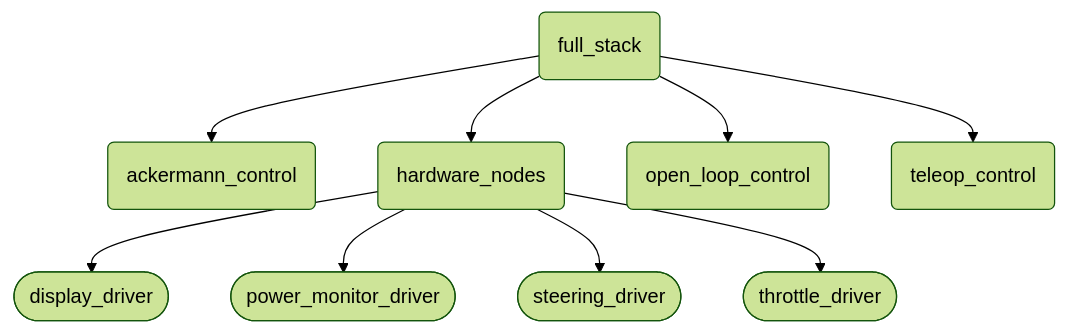
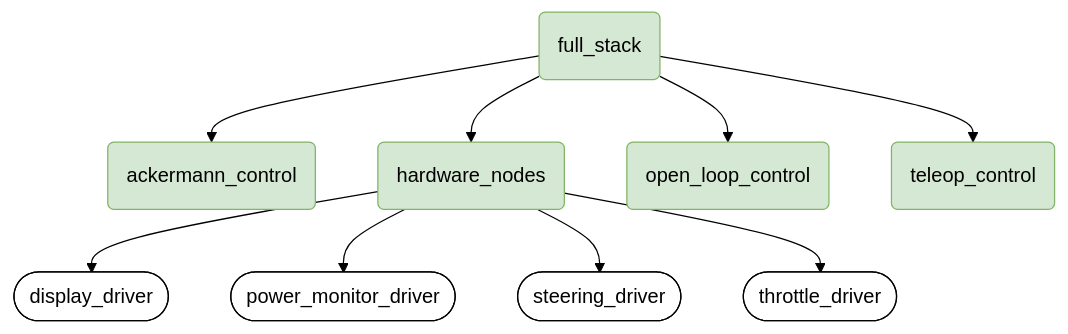
One commit to vcuopencity/piracer changed the diagram in README.md. Above: the diagram before and after it, drawn with Mermaid (forest theme).

Commit message:
Updated theming
Hopefully this will fix the dark mode issues.

README.md
* added themes to the elements of the Mermaid flow chart

````diff
--- a/README.md
+++ b/README.md
@@ -27,11 +27,17 @@
 ```mermaid
-flowchart TD
-    full_stack(full_stack) --> ackermann_control(ackermann_control)
-    full_stack(full_stack) --> hardware_nodes(hardware_nodes)
-        hardware_nodes --> display_driver([display_driver])
-        hardware_nodes --> power_monitor_driver([power_monitor_driver])
-        hardware_nodes --> steering_driver([steering_driver])
-        hardware_nodes --> throttle_driver([throttle_driver])
-    full_stack(full_stack) --> open_loop_control(open_loop_control)
-    full_stack(full_stack) --> teleop_control(teleop_control)
+    flowchart TD
+        full_stack(full_stack) --> ackermann_control(ackermann_control)
+        full_stack(full_stack) --> hardware_nodes(hardware_nodes)
+            hardware_nodes --> display_driver([display_driver])
+            hardware_nodes --> power_monitor_driver([power_monitor_driver])
+            hardware_nodes --> steering_driver([steering_driver])
+            hardware_nodes --> throttle_driver([throttle_driver])
+        full_stack(full_stack) --> open_loop_control(open_loop_control)
+        full_stack(full_stack) --> teleop_control(teleop_control)
+    
+        classDef launch_file fill:#D5E8D4,stroke:#82B366,color:black;
+        classDef nodes fill:#FFFFFF,stroke:#000000,color:black;
+        
+        class display_driver,power_monitor_driver,steering_driver,throttle_driver nodes;
+        class ackermann_control,hardware_nodes,open_loop_control,teleop_control,full_stack launch_file;
 ```
````
